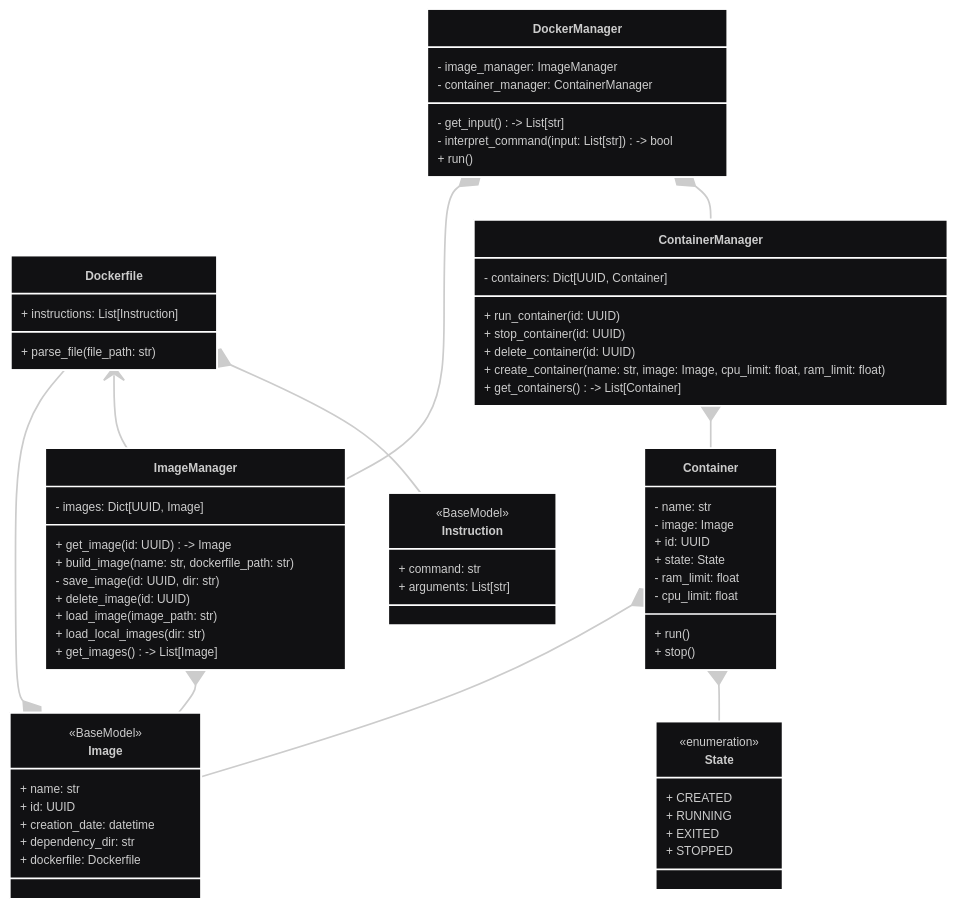
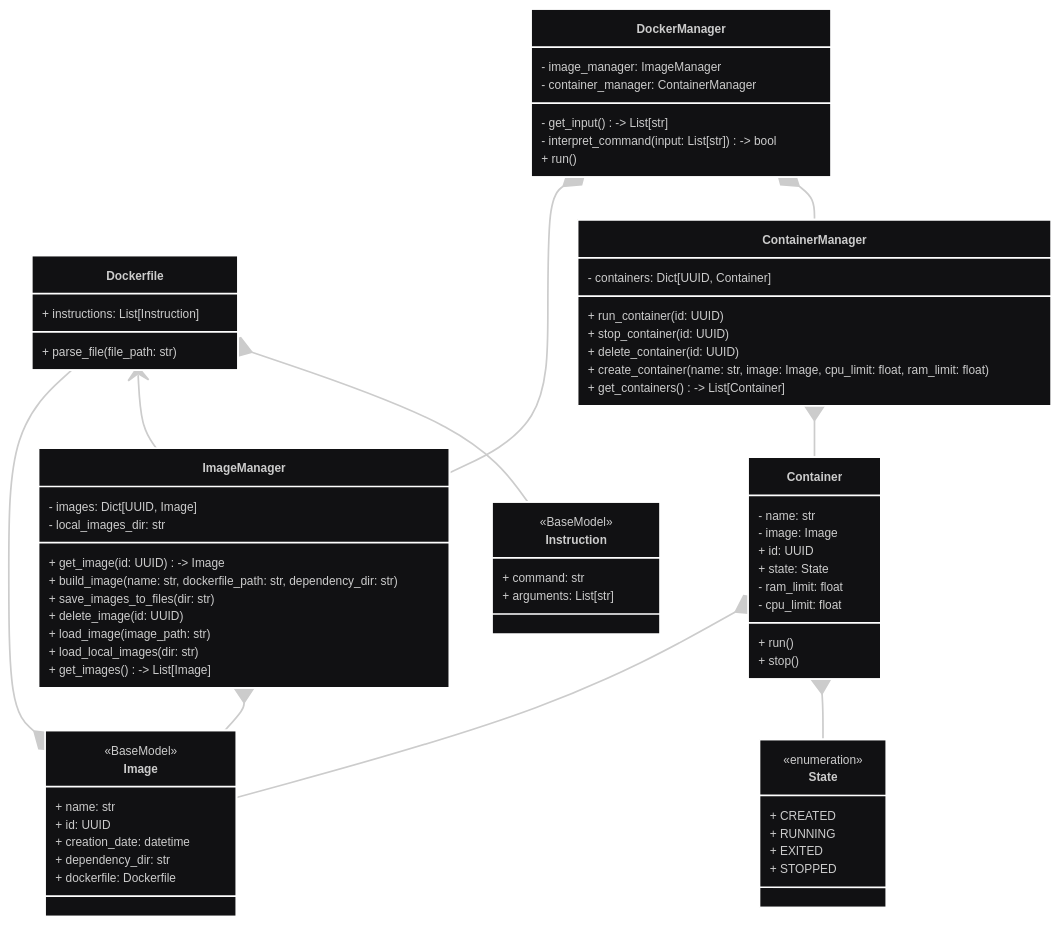
Before and after one commit to alonshuld/docker_poc: the diagram in UML.mmd, drawn with Mermaid.

Commit message:
small updates to UML

```diff
--- a/UML.mmd
+++ b/UML.mmd
@@ -1,75 +1,76 @@
 ---
 config:
   theme: redux-dark
 ---
 classDiagram
 direction TB
     class Instruction {
 		<<BaseModel>>
 	    + command: str
 	    + arguments: List[str]
     }
     class Dockerfile {
 	    + instructions: List[Instruction]
 	    + parse_file(file_path: str)
     }
     class Image {
 		<<BaseModel>>
 	    + name: str
 	    + id: UUID
 	    + creation_date: datetime
 	    + dependency_dir: str
 		+ dockerfile: Dockerfile
     }
     class ImageManager {
 	    - images: Dict[UUID, Image]
+		- local_images_dir: str
 		+ get_image(id: UUID) -> Image
-	    + build_image(name: str, dockerfile_path: str)
-		- save_image(id: UUID, dir: str)
+	    + build_image(name: str, dockerfile_path: str, dependency_dir: str)
+		+ save_images_to_files(dir: str)
 	    + delete_image(id: UUID)
 	    + load_image(image_path: str)
 	    + load_local_images(dir: str)
 	    + get_images() -> List[Image]
     }
     class Container {
 	    - name: str
 	    - image: Image
 	    + id: UUID
 	    + state: State
 		- ram_limit: float
 		- cpu_limit: float
 	    + run()
 	    + stop()
     }
     class State {
 		<<enumeration>>
 	    + CREATED
 	    + RUNNING
 	    + EXITED
 		+ STOPPED
     }
     class ContainerManager {
 	    - containers: Dict[UUID, Container]
 	    + run_container(id: UUID)
 	    + stop_container(id: UUID)
 	    + delete_container(id: UUID)
 	    + create_container(name: str, image: Image, cpu_limit: float, ram_limit: float)
 	    + get_containers() -> List[Container]
     }
     class DockerManager {
 	    - image_manager: ImageManager
 	    - container_manager: ContainerManager
 	    - get_input() -> List[str]
 	    - interpret_command(input: List[str]) -> bool
 	    + run()
     }
   
     ImageManager *-- Image
     Dockerfile *-- Instruction
     Container *-- State
     Dockerfile <-- ImageManager
 	Image *-- Dockerfile
     Container *-- Image
     ContainerManager *-- Container
     DockerManager *-- ContainerManager
     DockerManager *-- ImageManager
```
